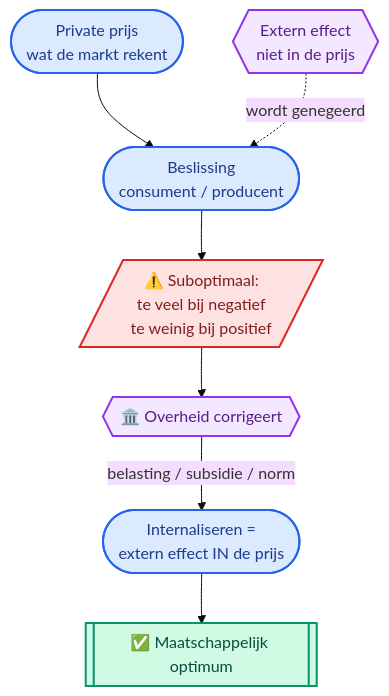
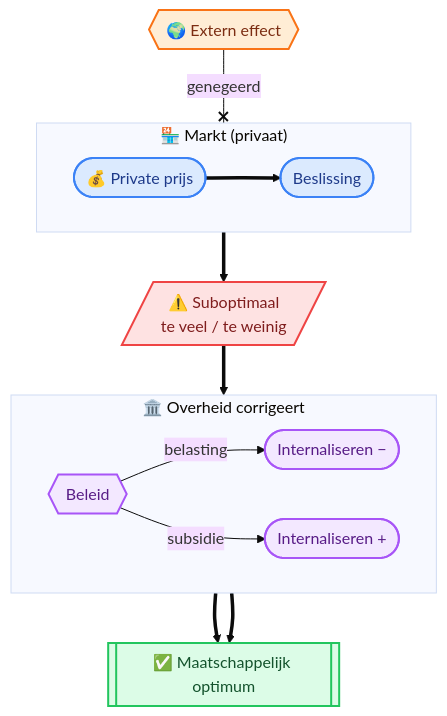
The ninth of 23 diagrams in Volledige_Samenvatting_H1_H2.md (ateknol/HAVO-Economie-examen), drawn with Mermaid (base theme) before and after one commit. The commit also changed other lines of this file and 6 other files, not shown here.

````diff
--- a/Volledige_Samenvatting_H1_H2.md
+++ b/Volledige_Samenvatting_H1_H2.md
@@ -608,28 +635,29 @@
 ```mermaid
 flowchart TD
-    PR(["Private prijs<br/>wat de markt rekent"])
-    KEUS([Beslissing<br/>consument / producent])
-    EX{{"Extern effect<br/>niet in de prijs"}}
-    SUB[/"⚠️ Suboptimaal:<br/>te veel bij negatief<br/>te weinig bij positief"/]
-    OV{{"🏛️ Overheid corrigeert"}}
-    INT(["Internaliseren =<br/>extern effect IN de prijs"])
-    OPT[["✅ Maatschappelijk optimum"]]
-
-    PR --> KEUS --> SUB
-    EX -. "wordt genegeerd" .-> KEUS
-
-    OV -->|"belasting / subsidie / norm"| INT --> OPT
-    SUB --> OV
-
-    classDef proces fill:#dbeafe,stroke:#2563eb,stroke-width:2px,color:#1e3a8a
-    classDef term fill:#f3e8ff,stroke:#9333ea,stroke-width:2px,color:#581c87
-    classDef fout fill:#fee2e2,stroke:#dc2626,stroke-width:2px,color:#7f1d1d
-    classDef goed fill:#d1fae5,stroke:#059669,stroke-width:2px,color:#064e3b
-    classDef overheid fill:#f3e8ff,stroke:#9333ea,stroke-width:2px,color:#581c87
-
-    class PR,KEUS,INT proces
-    class EX term
-    class SUB fout
-    class OPT goed
-    class OV overheid
+    subgraph EX_Markt["🏪 Markt (privaat)"]
+        direction LR
+        EX_PR(["💰 Private prijs"]) ==> EX_Bes(["Beslissing"])
+    end
+    EX_Ext{{"🌍 Extern effect"}} --x|"genegeerd"| EX_Bes
+    EX_Falen[/"⚠️ Suboptimaal<br/>te veel / te weinig"/]
+    subgraph EX_Cor["🏛️ Overheid corrigeert"]
+        direction LR
+        EX_OV{{"Beleid"}} -->|"belasting"| EX_Bel(["Internaliseren −"])
+        EX_OV -->|"subsidie"| EX_Sub2(["Internaliseren +"])
+    end
+    EX_Opt[["✅ Maatschappelijk optimum"]]
+    EX_Bes ==> EX_Falen
+    EX_Falen ==> EX_OV
+    EX_Bel ==> EX_Opt
+    EX_Sub2 ==> EX_Opt
+    classDef markt fill:#dbeafe,stroke:#3b82f6,stroke-width:2px,color:#1e3a8a
+    classDef risico fill:#ffedd5,stroke:#f97316,stroke-width:2px,color:#7c2d12
+    classDef falen fill:#fee2e2,stroke:#ef4444,stroke-width:2px,color:#7f1d1d
+    classDef oploss fill:#f3e8ff,stroke:#a855f7,stroke-width:2px,color:#581c87
+    classDef succes fill:#dcfce7,stroke:#22c55e,stroke-width:2px,color:#14532d
+    class EX_PR,EX_Bes markt
+    class EX_Ext risico
+    class EX_Falen falen
+    class EX_OV,EX_Bel,EX_Sub2 oploss
+    class EX_Opt succes
 ```
````
